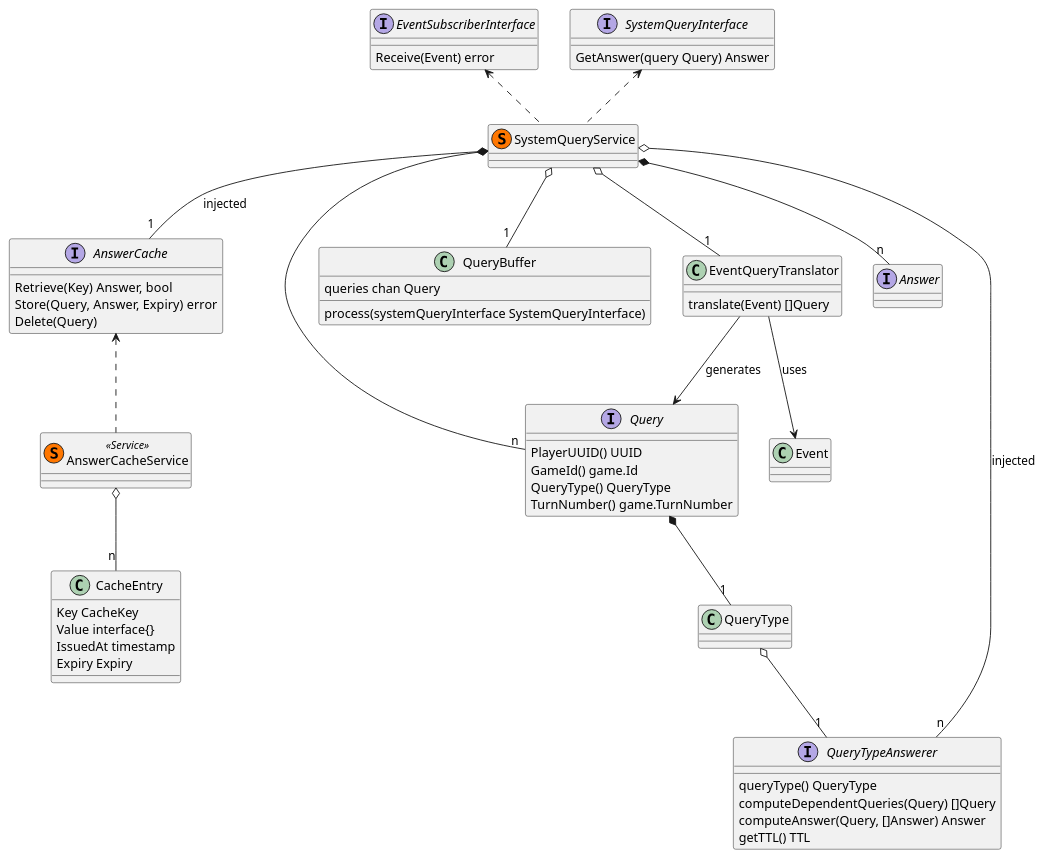
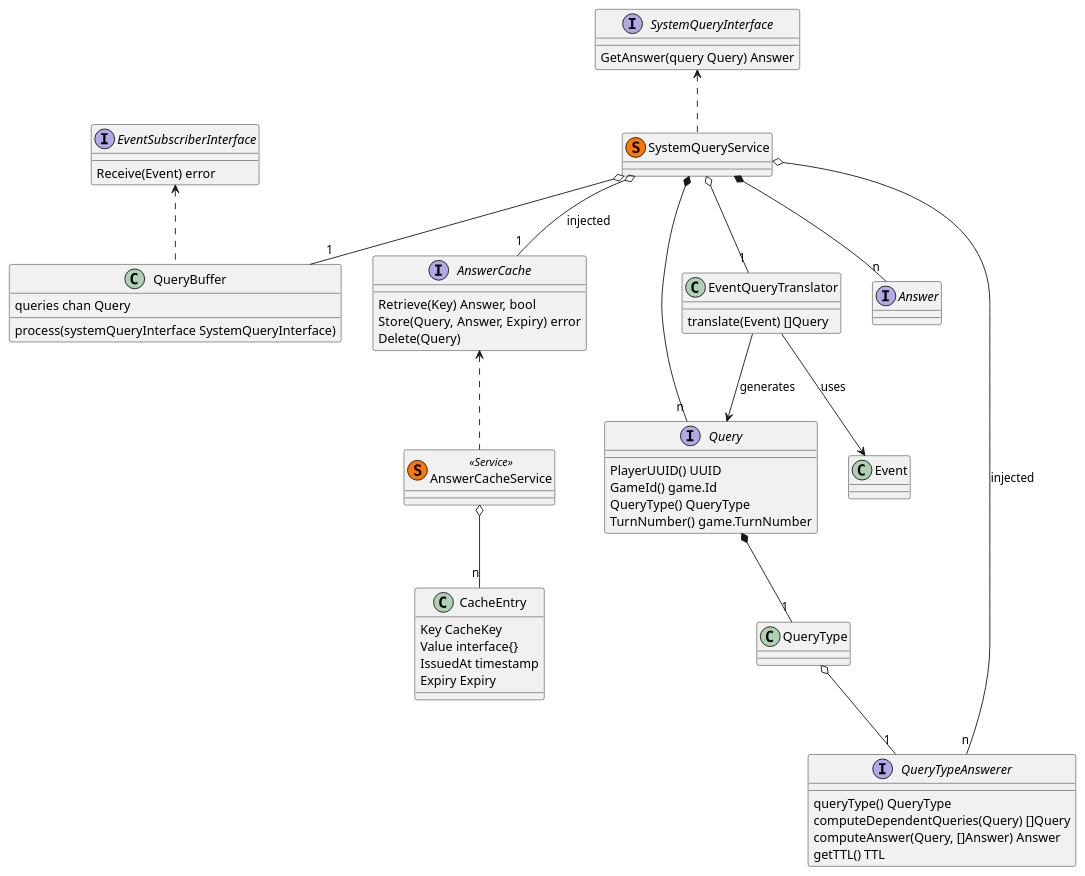
The fifth of 7 diagrams in design/class_diagrams.rst (gnidan/foodtastechess-docs), drawn with PlantUML before and after one commit. The commit also changed 1 other file, not shown here.

Commit message:
Redoing architecture diagram to represent iterations on class diagrams

```diff
--- a/design/class_diagrams.rst
+++ b/design/class_diagrams.rst
@@ -181,76 +181,76 @@
 .. uml::
 
     interface Query {
         PlayerUUID() UUID
         GameId() game.Id
         QueryType() QueryType
         TurnNumber() game.TurnNumber
     }
 
     interface SystemQueryInterface {
         GetAnswer(query Query) Answer
     }
 
     interface EventSubscriberInterface {
         Receive(Event) error
     }
 
     class QueryBuffer {
         queries chan Query
         process(systemQueryInterface SystemQueryInterface)
     }
 
     class Event
     class EventQueryTranslator {
         translate(Event) []Query
     }
     EventQueryTranslator --> Event : uses
     EventQueryTranslator --> Query : generates
 
     interface Answer
 
     class SystemQueryService << (S,#FF7700) >> {
     }
 
     SystemQueryService .up.> SystemQueryInterface
-    SystemQueryService .up.> EventSubscriberInterface
     SystemQueryService o-- "1" EventQueryTranslator
     SystemQueryService o-- "1" QueryBuffer
+    QueryBuffer .up.> EventSubscriberInterface
 
     interface QueryTypeAnswerer {
         queryType() QueryType
         computeDependentQueries(Query) []Query
         computeAnswer(Query, []Answer) Answer
         getTTL() TTL
     }
 
     interface AnswerCache {
         Retrieve(Key) Answer, bool
         Store(Query, Answer, Expiry) error
         Delete(Query)
     }
 
     class AnswerCacheService << (S,#FF7700) Service >> {
     }
 
     AnswerCacheService .up.> AnswerCache
 
     class CacheEntry {
         Key CacheKey
         Value interface{}
         IssuedAt timestamp
         Expiry Expiry
     }
 
     AnswerCacheService o-- "n" CacheEntry
 
 
 
     Query *-- "1"  QueryType
 
     SystemQueryService o-- "n" QueryTypeAnswerer : injected
     SystemQueryService o-- "1" AnswerCache : injected
     SystemQueryService *-- "n" Query
     SystemQueryService *-- "n" Answer
 
     QueryType o-- "1" QueryTypeAnswerer
```
